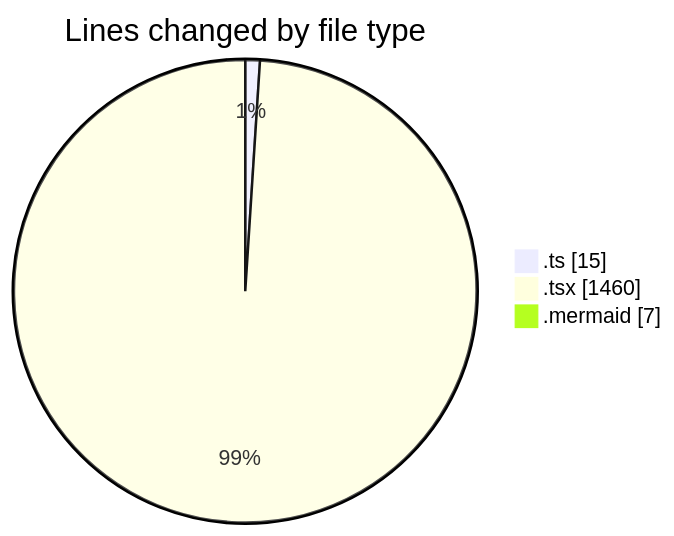
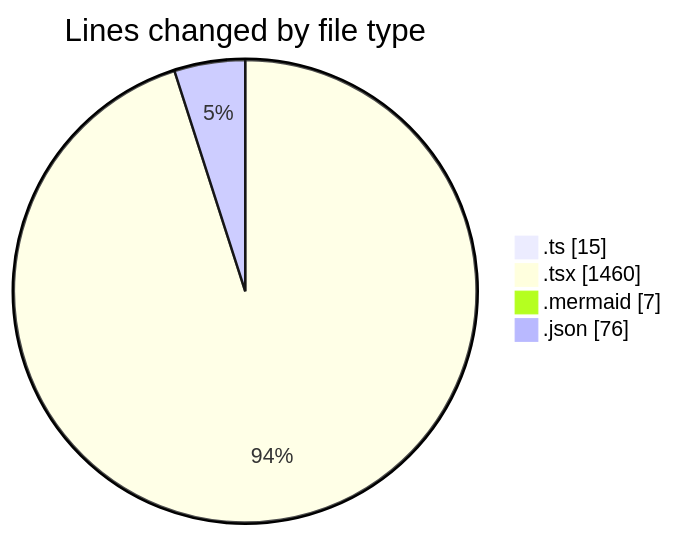
Before and after one commit to momahboobian/code-tracking: the first of 2 diagrams in 2026-09-08/cda/README.md, drawn with Mermaid. The commit also changed other lines of this file and 1 other file, not shown here.

````diff
--- a/2026-09-08/cda/README.md
+++ b/2026-09-08/cda/README.md
@@ -35,7 +36,8 @@
 ```mermaid
 pie showData
 title Lines changed by file type
 ".ts" : 15
 ".tsx" : 1460
 ".mermaid" : 7
+".json" : 76
 ```
````
